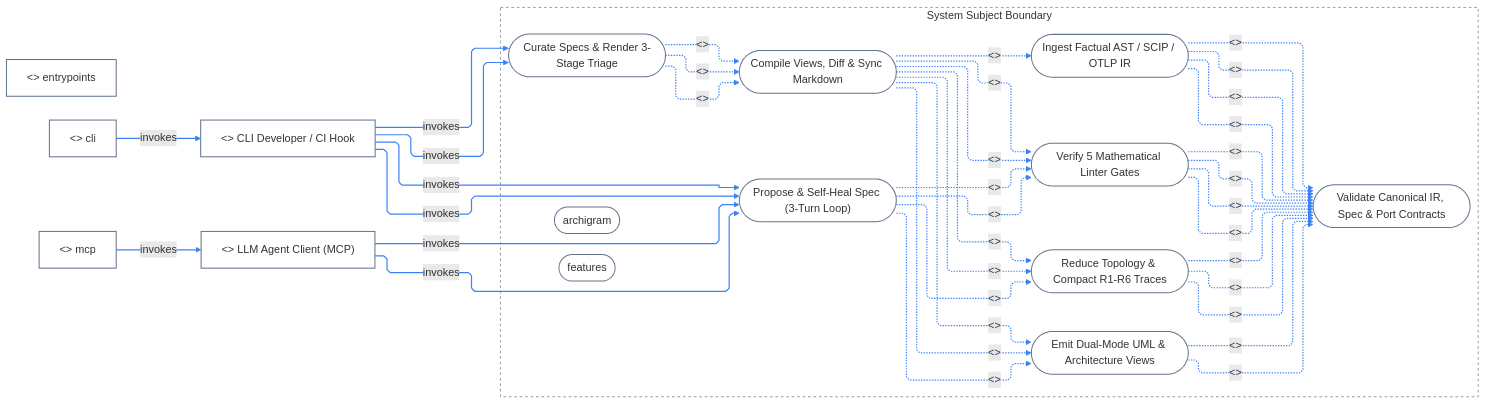
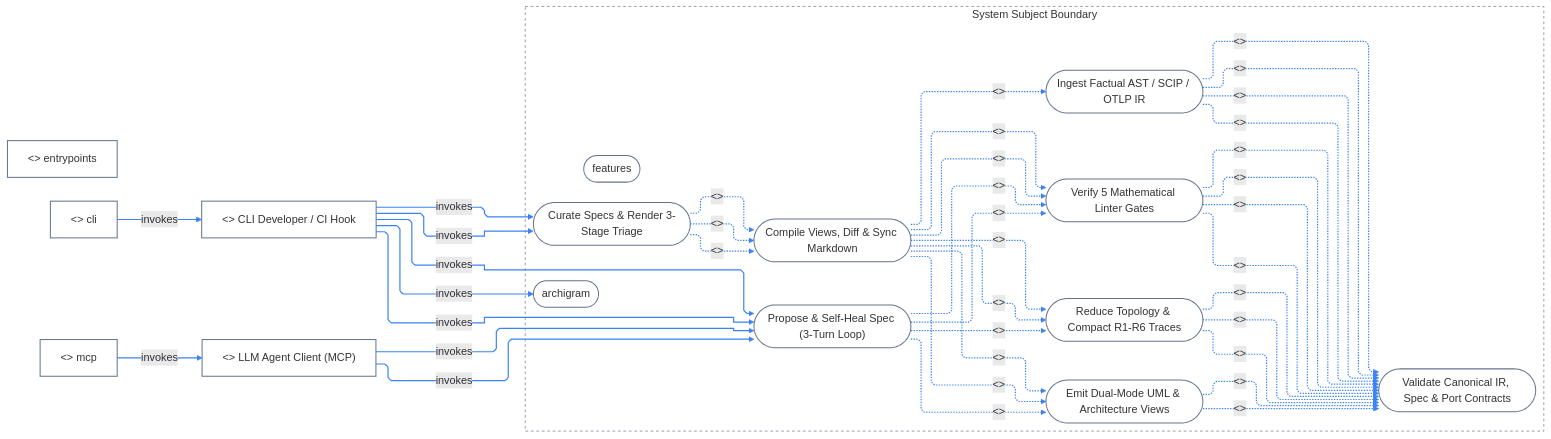
One commit to klcd/archigram changed the diagram in docs/architecture/diagrams/showcase_uml_use_case_mermaid.mmd. Above: the diagram before and after it, drawn with Mermaid. The commit also changed 39 other files, not shown here.

```diff
--- a/docs/architecture/diagrams/showcase_uml_use_case_mermaid.mmd
+++ b/docs/architecture/diagrams/showcase_uml_use_case_mermaid.mmd
@@ -1,66 +1,67 @@
 ---
 config:
   layout: elk
   elk:
     mergeEdges: false
     nodePlacementStrategy: BRANDES_KOEPF
   flowchart:
     defaultRenderer: elk
     curve: linear
 ---
 flowchart LR
   classDef default fill:transparent,stroke:#64748b,stroke-width:1.5px
   u0["<<actor>> CLI Developer / CI Hook"]
   u1["<<actor>> LLM Agent Client (MCP)"]
   u3["<<actor>> entrypoints"]
   u4["<<actor>> cli"]
   u5["<<actor>> mcp"]
   subgraph sys_boundary["System Subject Boundary"]
     u2(["archigram"])
     u6(["features"])
     u7(["Compile Views, Diff & Sync Markdown"])
     u8(["Curate Specs & Render 3-Stage Triage"])
     u9(["Validate Canonical IR, Spec & Port Contracts"])
     u10(["Emit Dual-Mode UML & Architecture Views"])
     u11(["Ingest Factual AST / SCIP / OTLP IR"])
     u12(["Propose & Self-Heal Spec (3-Turn Loop)"])
     u13(["Reduce Topology & Compact R1-R6 Traces"])
     u14(["Verify 5 Mathematical Linter Gates"])
   end
   style sys_boundary fill:transparent,stroke:#64748b,stroke-width:1px,stroke-dasharray:4 4
+  u0 -->|"invokes"| u2
   u4 -->|"invokes"| u0
   u5 -->|"invokes"| u1
   u8 -.->|"<<include>>"| u7
   u8 -.->|"<<include>>"| u7
   u8 -.->|"<<include>>"| u7
   u0 -->|"invokes"| u8
   u0 -->|"invokes"| u8
   u14 -.->|"<<include>>"| u9
   u10 -.->|"<<include>>"| u9
   u13 -.->|"<<include>>"| u9
   u14 -.->|"<<include>>"| u9
   u14 -.->|"<<include>>"| u9
   u14 -.->|"<<include>>"| u9
   u11 -.->|"<<include>>"| u9
   u11 -.->|"<<include>>"| u9
   u11 -.->|"<<include>>"| u9
   u11 -.->|"<<include>>"| u9
   u13 -.->|"<<include>>"| u9
   u10 -.->|"<<include>>"| u9
   u13 -.->|"<<include>>"| u9
   u7 -.->|"<<include>>"| u10
   u7 -.->|"<<include>>"| u10
   u12 -.->|"<<include>>"| u10
   u7 -.->|"<<include>>"| u11
   u12 -.->|"<<include>>"| u14
   u7 -.->|"<<include>>"| u14
   u7 -.->|"<<include>>"| u14
   u12 -.->|"<<include>>"| u14
   u1 -->|"invokes"| u12
   u1 -->|"invokes"| u12
   u0 -->|"invokes"| u12
   u0 -->|"invokes"| u12
   u7 -.->|"<<include>>"| u13
   u7 -.->|"<<include>>"| u13
   u12 -.->|"<<include>>"| u13
-  linkStyle 0,1,2,3,4,5,6,7,8,9,10,11,12,13,14,15,16,17,18,19,20,21,22,23,24,25,26,27,28,29,30,31,32,33,34 stroke:#3b82f6,stroke-width:1.75px
+  linkStyle 0,1,2,3,4,5,6,7,8,9,10,11,12,13,14,15,16,17,18,19,20,21,22,23,24,25,26,27,28,29,30,31,32,33,34,35 stroke:#3b82f6,stroke-width:1.75px
```
